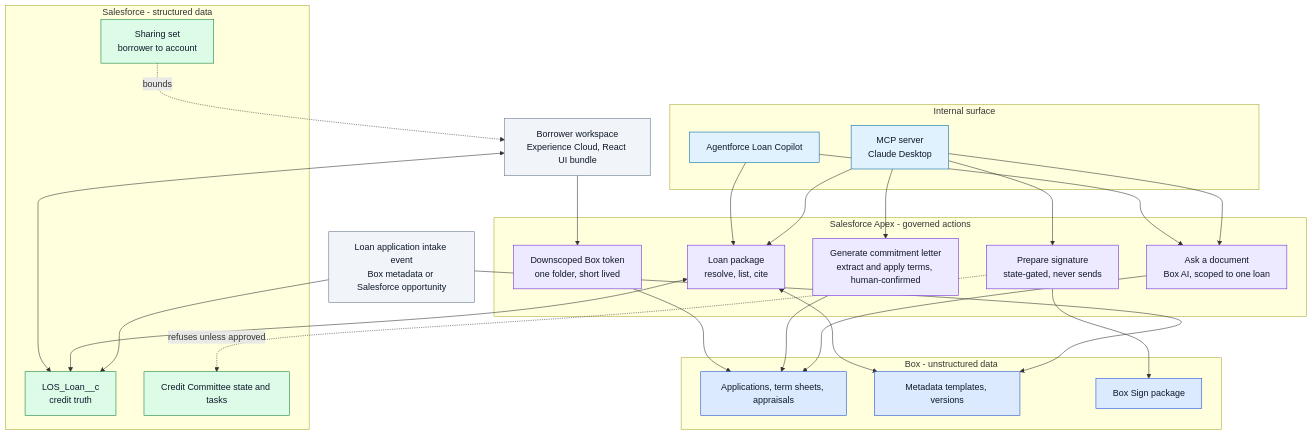
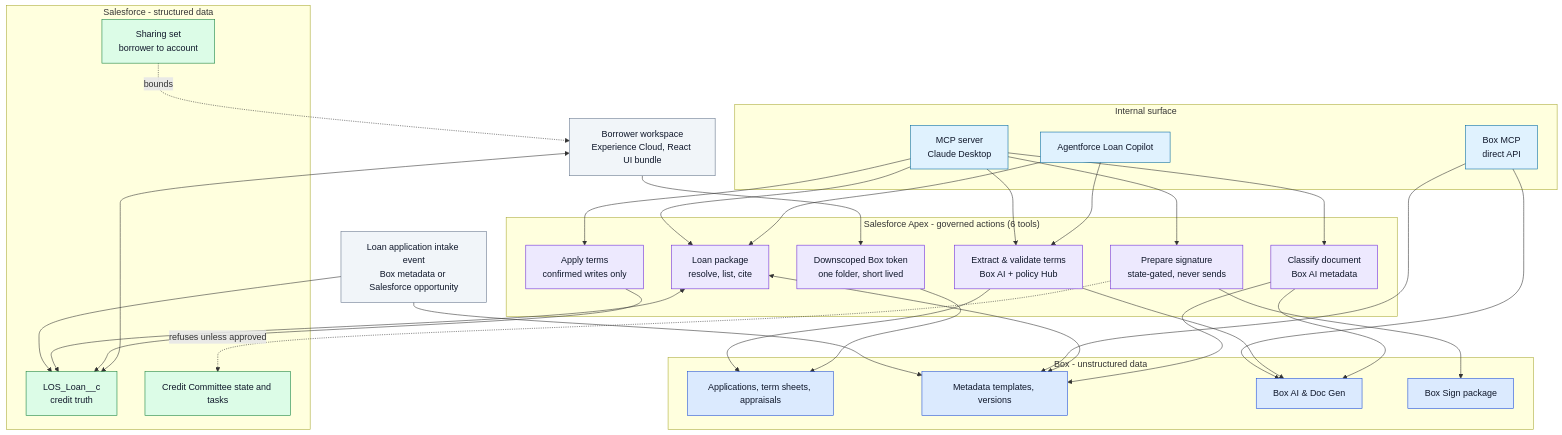
The diagram in docs/diagrams/los-architecture.mmd (unofficialbox/box-agentic-loans), drawn with Mermaid before and after one commit. The commit also changed 1 other file, not shown here.

Commit message:
docs: update ARCHITECTURE diagrams to reflect 6-tool MCP server
- ASCII diagram: separate Salesforce-only vs Box CCG tools
- Class table: mark removed tools, update LosBoxAskDocument to agent-only
- Mermaid: add Box MCP node, update to show 6 current tools
- Note: SVG regeneration requires mmdc (Mermaid CLI)

```diff
--- a/docs/diagrams/los-architecture.mmd
+++ b/docs/diagrams/los-architecture.mmd
@@ -1,63 +1,73 @@
 flowchart TB
   intake["Loan application intake event<br/>Box metadata or Salesforce opportunity"]
 
   subgraph internal["Internal surface"]
     mcp["MCP server<br/>Claude Desktop"]
     copilot["Agentforce Loan Copilot"]
+    boxmcp["Box MCP<br/>direct API"]
   end
 
-  subgraph apex["Salesforce Apex - governed actions"]
+  subgraph apex["Salesforce Apex - governed actions (6 tools)"]
     package["Loan package<br/>resolve, list, cite"]
-    ask["Ask a document<br/>Box AI, scoped to one loan"]
-    docgen["Generate commitment letter<br/>extract and apply terms, human-confirmed"]
+    extract["Extract & validate terms<br/>Box AI + policy Hub"]
+    apply["Apply terms<br/>confirmed writes only"]
+    classify["Classify document<br/>Box AI metadata"]
     sign["Prepare signature<br/>state-gated, never sends"]
     token["Downscoped Box token<br/>one folder, short lived"]
   end
 
   subgraph box["Box - unstructured data"]
     boxContent["Applications, term sheets, appraisals"]
     boxMetadata["Metadata templates, versions"]
+    boxAI["Box AI & Doc Gen"]
     boxSign["Box Sign package"]
   end
 
   subgraph salesforce["Salesforce - structured data"]
     loan["LOS_Loan__c<br/>credit truth"]
     approvals["Credit Committee state and tasks"]
     sharing["Sharing set<br/>borrower to account"]
   end
 
   external["Borrower workspace<br/>Experience Cloud, React UI bundle"]
 
   intake --> boxMetadata
   intake --> loan
 
   mcp --> package
-  mcp --> ask
-  mcp --> docgen
+  mcp --> extract
+  mcp --> apply
+  mcp --> classify
   mcp --> sign
+  boxmcp --> boxMetadata
+  boxmcp --> boxAI
+
   copilot --> package
-  copilot --> ask
+  copilot --> extract
 
   package <--> loan
   package <--> boxMetadata
-  ask --> boxContent
-  docgen --> boxContent
+  extract --> boxContent
+  extract --> boxAI
+  classify --> boxAI
+  classify --> boxMetadata
   sign --> boxSign
   sign -. refuses unless approved .-> approvals
+  apply --> loan
 
   external --> token
   token --> boxContent
   external <--> loan
   sharing -. bounds .-> external
 
   classDef agent fill:#e0f2fe,stroke:#0369a1,color:#0f172a
   classDef action fill:#ede9fe,stroke:#6d28d9,color:#0f172a
   classDef box fill:#dbeafe,stroke:#1d4ed8,color:#0f172a
   classDef sf fill:#dcfce7,stroke:#15803d,color:#0f172a
   classDef control fill:#f1f5f9,stroke:#64748b,color:#0f172a
 
-  class mcp,copilot agent
-  class package,ask,docgen,sign,token action
-  class boxContent,boxMetadata,boxSign box
+  class mcp,copilot,boxmcp agent
+  class package,extract,apply,classify,sign,token action
+  class boxContent,boxMetadata,boxAI,boxSign box
   class loan,approvals,sharing sf
   class intake,external control
```
